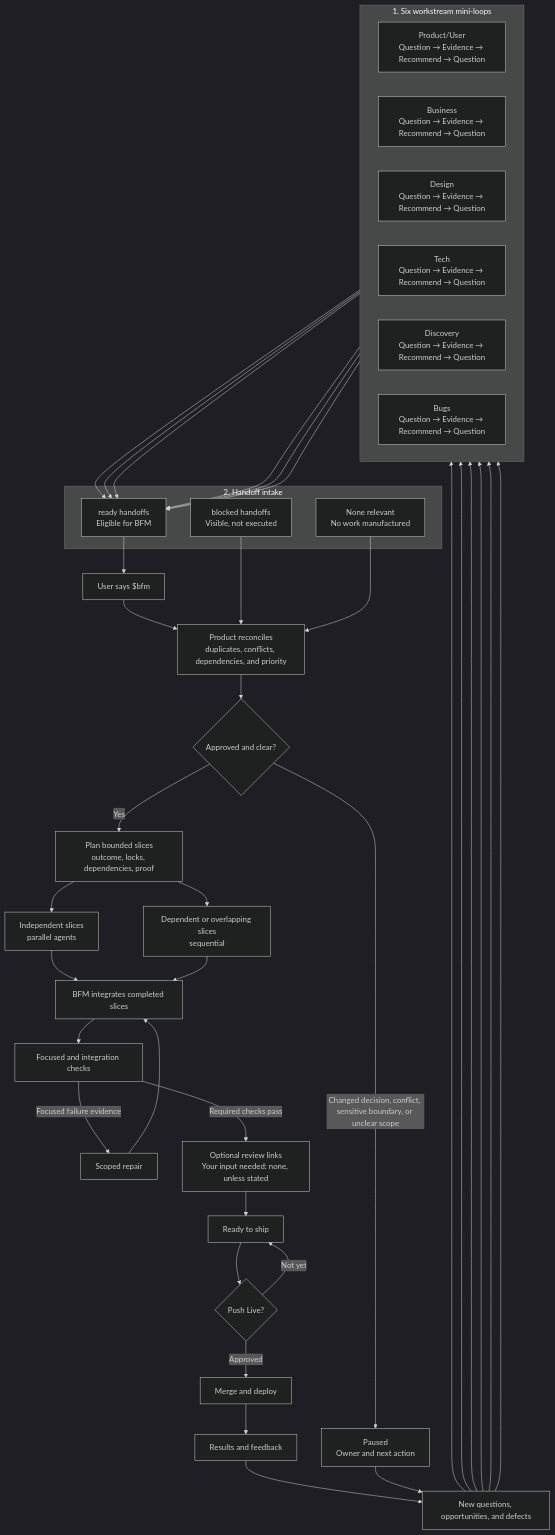
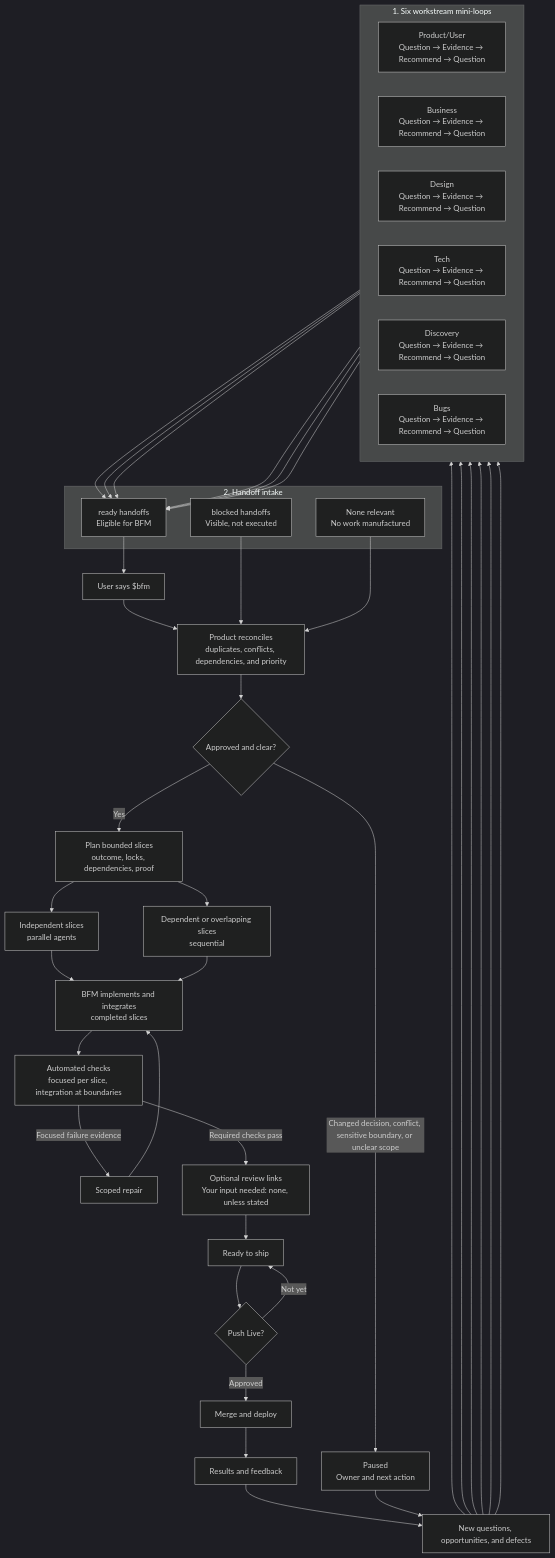
Before and after one commit to friedbeef1/fb-lane-coordination: the diagram in plugins/fb-lane-coordination/docs/fb/full-loop.md, drawn with Mermaid (dark theme). The commit also changed 1 other file, not shown here.

Commit message:
docs: preserve full-loop positioning contract

````diff
--- a/plugins/fb-lane-coordination/docs/fb/full-loop.md
+++ b/plugins/fb-lane-coordination/docs/fb/full-loop.md
@@ -11,55 +11,55 @@
 ```mermaid
 flowchart TB
     subgraph W["1. Six workstream mini-loops"]
         direction LR
         PU["Product/User<br/>Question → Evidence → Recommend → Question"]
         BU["Business<br/>Question → Evidence → Recommend → Question"]
         DE["Design<br/>Question → Evidence → Recommend → Question"]
         TE["Tech<br/>Question → Evidence → Recommend → Question"]
         DI["Discovery<br/>Question → Evidence → Recommend → Question"]
         BG["Bugs<br/>Question → Evidence → Recommend → Question"]
     end
 
     PU --> RH
     BU --> RH
     DE --> RH
     TE --> RH
     DI --> RH
     BG --> RH
 
     subgraph I["2. Handoff intake"]
         RH["ready handoffs<br/>Eligible for BFM"]
         BH["blocked handoffs<br/>Visible, not executed"]
         NR["None relevant<br/>No work manufactured"]
     end
 
     RH --> BFM["User says $bfm"]
     BFM --> PR
     BH --> PR
     NR --> PR
     PR["Product reconciles<br/>duplicates, conflicts, dependencies, and priority"]
     PR --> A{"Approved and clear?"}
     A -->|"Yes"| SP["Plan bounded slices<br/>outcome, locks, dependencies, proof"]
     A -->|"Changed decision, conflict, sensitive boundary, or unclear scope"| X["Paused<br/>Owner and next action"]
     SP --> PA["Independent slices<br/>parallel agents"]
     SP --> SE["Dependent or overlapping slices<br/>sequential"]
-    PA --> C["BFM integrates completed slices"]
+    PA --> C["BFM implements and integrates<br/>completed slices"]
     SE --> C
-    C --> V["Focused and integration checks"]
+    C --> V["Automated checks<br/>focused per slice, integration at boundaries"]
     V -->|"Focused failure evidence"| R["Scoped repair"]
     R --> C
     V -->|"Required checks pass"| O["Optional review links<br/>Your input needed: none, unless stated"]
     O --> S["Ready to ship"]
     S --> L{"Push Live?"}
     L -->|"Not yet"| S
     L -->|"Approved"| D["Merge and deploy"]
     D --> Z["Results and feedback"]
     Z --> N["New questions, opportunities, and defects"]
     N --> PU
     N --> BU
     N --> DE
     N --> TE
     N --> DI
     N --> BG
     X --> N
 ```
````
